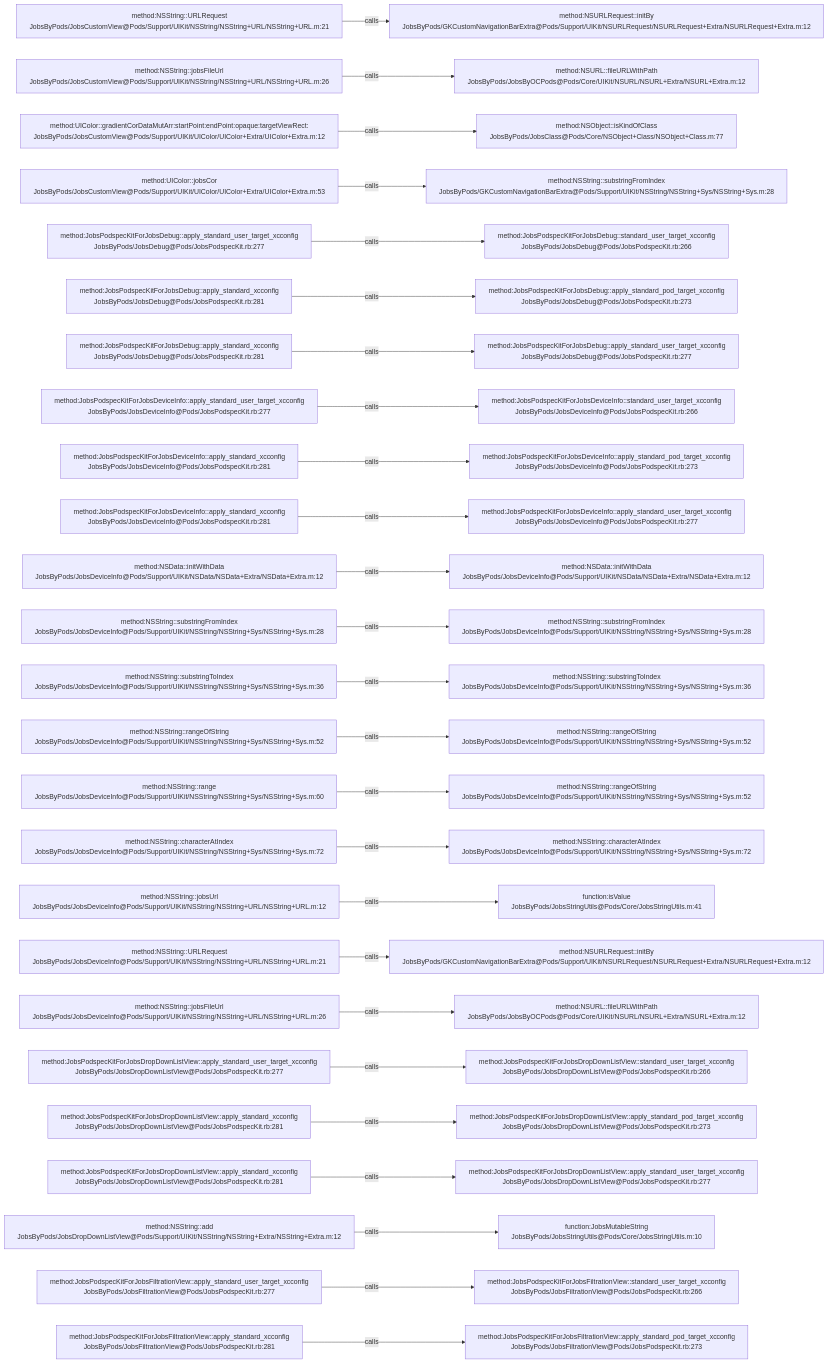
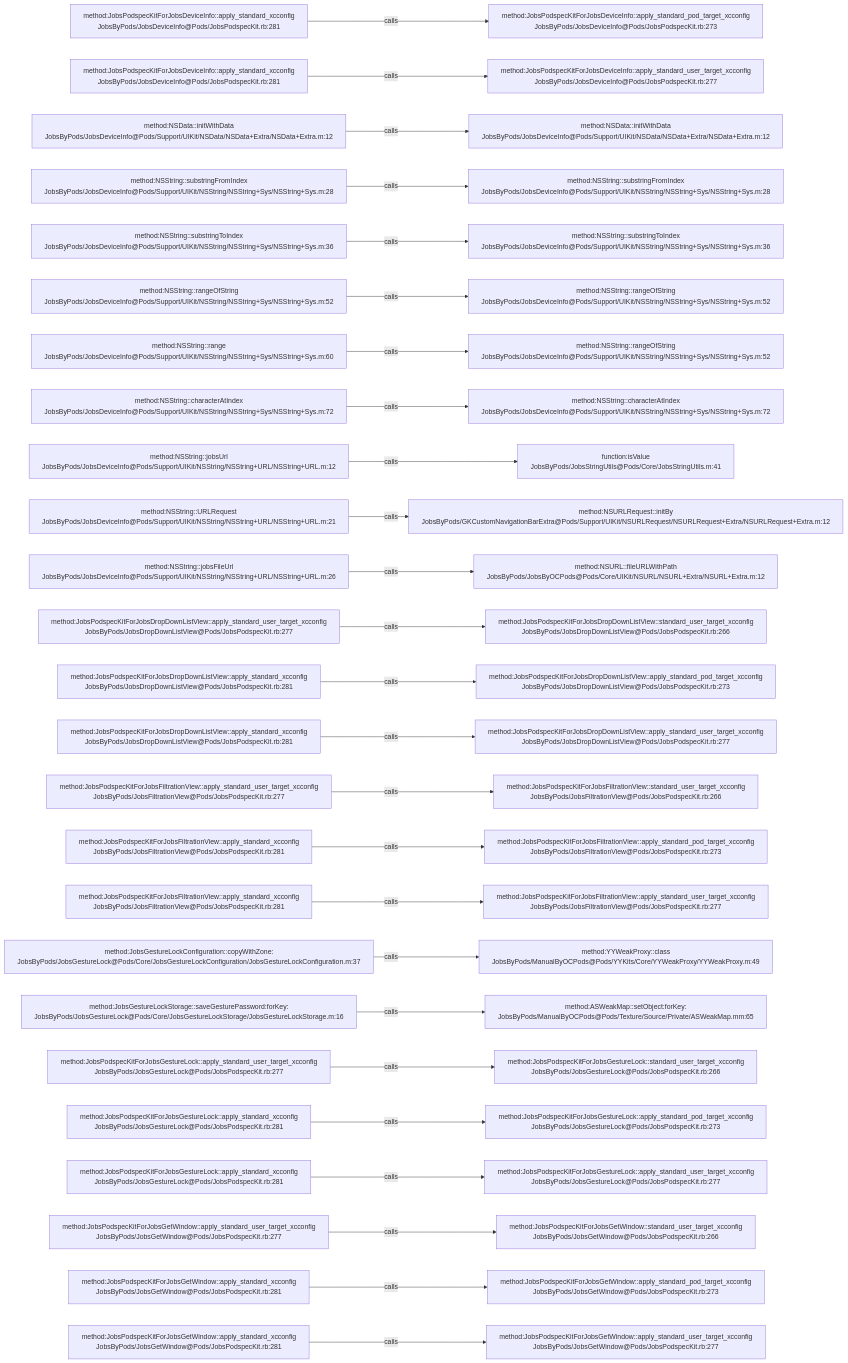
Before and after one commit to JobsKits/JobsOCBaseConfigDemo: the diagram in .codegraph/codegraph.md/graphs/calls-009.md, drawn with Mermaid. The commit also changed 296 other files, not shown here.

````diff
--- a/.codegraph/codegraph.md/graphs/calls-009.md
+++ b/.codegraph/codegraph.md/graphs/calls-009.md
@@ -13,78 +13,78 @@
 ```mermaid
 flowchart LR
-  S1["method:NSString::URLRequest<br/>JobsByPods/JobsCustomView@Pods/Support/UIKit/NSString/NSString+URL/NSString+URL.m:21"]
-  T1["method:NSURLRequest::initBy<br/>JobsByPods/GKCustomNavigationBarExtra@Pods/Support/UIKit/NSURLRequest/NSURLRequest+Extra/NSURLRequest+Extra.m:12"]
+  S1["method:JobsPodspecKitForJobsDeviceInfo::apply_standard_xcconfig<br/>JobsByPods/JobsDeviceInfo@Pods/JobsPodspecKit.rb:281"]
+  T1["method:JobsPodspecKitForJobsDeviceInfo::apply_standard_pod_target_xcconfig<br/>JobsByPods/JobsDeviceInfo@Pods/JobsPodspecKit.rb:273"]
   S1 -->|calls| T1
-  S2["method:NSString::jobsFileUrl<br/>JobsByPods/JobsCustomView@Pods/Support/UIKit/NSString/NSString+URL/NSString+URL.m:26"]
-  T2["method:NSURL::fileURLWithPath<br/>JobsByPods/JobsByOCPods@Pods/Core/UIKit/NSURL/NSURL+Extra/NSURL+Extra.m:12"]
+  S2["method:JobsPodspecKitForJobsDeviceInfo::apply_standard_xcconfig<br/>JobsByPods/JobsDeviceInfo@Pods/JobsPodspecKit.rb:281"]
+  T2["method:JobsPodspecKitForJobsDeviceInfo::apply_standard_user_target_xcconfig<br/>JobsByPods/JobsDeviceInfo@Pods/JobsPodspecKit.rb:277"]
   S2 -->|calls| T2
-  S3["method:UIColor::gradientCorDataMutArr:startPoint:endPoint:opaque:targetViewRect:<br/>JobsByPods/JobsCustomView@Pods/Support/UIKit/UIColor/UIColor+Extra/UIColor+Extra.m:12"]
-  T3["method:NSObject::isKindOfClass<br/>JobsByPods/JobsClass@Pods/Core/NSObject+Class/NSObject+Class.m:77"]
+  S3["method:NSData::initWithData<br/>JobsByPods/JobsDeviceInfo@Pods/Support/UIKit/NSData/NSData+Extra/NSData+Extra.m:12"]
+  T3["method:NSData::initWithData<br/>JobsByPods/JobsDeviceInfo@Pods/Support/UIKit/NSData/NSData+Extra/NSData+Extra.m:12"]
   S3 -->|calls| T3
-  S4["method:UIColor::jobsCor<br/>JobsByPods/JobsCustomView@Pods/Support/UIKit/UIColor/UIColor+Extra/UIColor+Extra.m:53"]
-  T4["method:NSString::substringFromIndex<br/>JobsByPods/GKCustomNavigationBarExtra@Pods/Support/UIKit/NSString/NSString+Sys/NSString+Sys.m:28"]
+  S4["method:NSString::substringFromIndex<br/>JobsByPods/JobsDeviceInfo@Pods/Support/UIKit/NSString/NSString+Sys/NSString+Sys.m:28"]
+  T4["method:NSString::substringFromIndex<br/>JobsByPods/JobsDeviceInfo@Pods/Support/UIKit/NSString/NSString+Sys/NSString+Sys.m:28"]
   S4 -->|calls| T4
-  S5["method:JobsPodspecKitForJobsDebug::apply_standard_user_target_xcconfig<br/>JobsByPods/JobsDebug@Pods/JobsPodspecKit.rb:277"]
-  T5["method:JobsPodspecKitForJobsDebug::standard_user_target_xcconfig<br/>JobsByPods/JobsDebug@Pods/JobsPodspecKit.rb:266"]
+  S5["method:NSString::substringToIndex<br/>JobsByPods/JobsDeviceInfo@Pods/Support/UIKit/NSString/NSString+Sys/NSString+Sys.m:36"]
+  T5["method:NSString::substringToIndex<br/>JobsByPods/JobsDeviceInfo@Pods/Support/UIKit/NSString/NSString+Sys/NSString+Sys.m:36"]
   S5 -->|calls| T5
-  S6["method:JobsPodspecKitForJobsDebug::apply_standard_xcconfig<br/>JobsByPods/JobsDebug@Pods/JobsPodspecKit.rb:281"]
-  T6["method:JobsPodspecKitForJobsDebug::apply_standard_pod_target_xcconfig<br/>JobsByPods/JobsDebug@Pods/JobsPodspecKit.rb:273"]
+  S6["method:NSString::rangeOfString<br/>JobsByPods/JobsDeviceInfo@Pods/Support/UIKit/NSString/NSString+Sys/NSString+Sys.m:52"]
+  T6["method:NSString::rangeOfString<br/>JobsByPods/JobsDeviceInfo@Pods/Support/UIKit/NSString/NSString+Sys/NSString+Sys.m:52"]
   S6 -->|calls| T6
-  S7["method:JobsPodspecKitForJobsDebug::apply_standard_xcconfig<br/>JobsByPods/JobsDebug@Pods/JobsPodspecKit.rb:281"]
-  T7["method:JobsPodspecKitForJobsDebug::apply_standard_user_target_xcconfig<br/>JobsByPods/JobsDebug@Pods/JobsPodspecKit.rb:277"]
+  S7["method:NSString::range<br/>JobsByPods/JobsDeviceInfo@Pods/Support/UIKit/NSString/NSString+Sys/NSString+Sys.m:60"]
+  T7["method:NSString::rangeOfString<br/>JobsByPods/JobsDeviceInfo@Pods/Support/UIKit/NSString/NSString+Sys/NSString+Sys.m:52"]
   S7 -->|calls| T7
-  S8["method:JobsPodspecKitForJobsDeviceInfo::apply_standard_user_target_xcconfig<br/>JobsByPods/JobsDeviceInfo@Pods/JobsPodspecKit.rb:277"]
-  T8["method:JobsPodspecKitForJobsDeviceInfo::standard_user_target_xcconfig<br/>JobsByPods/JobsDeviceInfo@Pods/JobsPodspecKit.rb:266"]
+  S8["method:NSString::characterAtIndex<br/>JobsByPods/JobsDeviceInfo@Pods/Support/UIKit/NSString/NSString+Sys/NSString+Sys.m:72"]
+  T8["method:NSString::characterAtIndex<br/>JobsByPods/JobsDeviceInfo@Pods/Support/UIKit/NSString/NSString+Sys/NSString+Sys.m:72"]
   S8 -->|calls| T8
-  S9["method:JobsPodspecKitForJobsDeviceInfo::apply_standard_xcconfig<br/>JobsByPods/JobsDeviceInfo@Pods/JobsPodspecKit.rb:281"]
-  T9["method:JobsPodspecKitForJobsDeviceInfo::apply_standard_pod_target_xcconfig<br/>JobsByPods/JobsDeviceInfo@Pods/JobsPodspecKit.rb:273"]
+  S9["method:NSString::jobsUrl<br/>JobsByPods/JobsDeviceInfo@Pods/Support/UIKit/NSString/NSString+URL/NSString+URL.m:12"]
+  T9["function:isValue<br/>JobsByPods/JobsStringUtils@Pods/Core/JobsStringUtils.m:41"]
   S9 -->|calls| T9
-  S10["method:JobsPodspecKitForJobsDeviceInfo::apply_standard_xcconfig<br/>JobsByPods/JobsDeviceInfo@Pods/JobsPodspecKit.rb:281"]
-  T10["method:JobsPodspecKitForJobsDeviceInfo::apply_standard_user_target_xcconfig<br/>JobsByPods/JobsDeviceInfo@Pods/JobsPodspecKit.rb:277"]
+  S10["method:NSString::URLRequest<br/>JobsByPods/JobsDeviceInfo@Pods/Support/UIKit/NSString/NSString+URL/NSString+URL.m:21"]
+  T10["method:NSURLRequest::initBy<br/>JobsByPods/GKCustomNavigationBarExtra@Pods/Support/UIKit/NSURLRequest/NSURLRequest+Extra/NSURLRequest+Extra.m:12"]
   S10 -->|calls| T10
-  S11["method:NSData::initWithData<br/>JobsByPods/JobsDeviceInfo@Pods/Support/UIKit/NSData/NSData+Extra/NSData+Extra.m:12"]
-  T11["method:NSData::initWithData<br/>JobsByPods/JobsDeviceInfo@Pods/Support/UIKit/NSData/NSData+Extra/NSData+Extra.m:12"]
+  S11["method:NSString::jobsFileUrl<br/>JobsByPods/JobsDeviceInfo@Pods/Support/UIKit/NSString/NSString+URL/NSString+URL.m:26"]
+  T11["method:NSURL::fileURLWithPath<br/>JobsByPods/JobsByOCPods@Pods/Core/UIKit/NSURL/NSURL+Extra/NSURL+Extra.m:12"]
   S11 -->|calls| T11
-  S12["method:NSString::substringFromIndex<br/>JobsByPods/JobsDeviceInfo@Pods/Support/UIKit/NSString/NSString+Sys/NSString+Sys.m:28"]
-  T12["method:NSString::substringFromIndex<br/>JobsByPods/JobsDeviceInfo@Pods/Support/UIKit/NSString/NSString+Sys/NSString+Sys.m:28"]
+  S12["method:JobsPodspecKitForJobsDropDownListView::apply_standard_user_target_xcconfig<br/>JobsByPods/JobsDropDownListView@Pods/JobsPodspecKit.rb:277"]
+  T12["method:JobsPodspecKitForJobsDropDownListView::standard_user_target_xcconfig<br/>JobsByPods/JobsDropDownListView@Pods/JobsPodspecKit.rb:266"]
   S12 -->|calls| T12
-  S13["method:NSString::substringToIndex<br/>JobsByPods/JobsDeviceInfo@Pods/Support/UIKit/NSString/NSString+Sys/NSString+Sys.m:36"]
-  T13["method:NSString::substringToIndex<br/>JobsByPods/JobsDeviceInfo@Pods/Support/UIKit/NSString/NSString+Sys/NSString+Sys.m:36"]
+  S13["method:JobsPodspecKitForJobsDropDownListView::apply_standard_xcconfig<br/>JobsByPods/JobsDropDownListView@Pods/JobsPodspecKit.rb:281"]
+  T13["method:JobsPodspecKitForJobsDropDownListView::apply_standard_pod_target_xcconfig<br/>JobsByPods/JobsDropDownListView@Pods/JobsPodspecKit.rb:273"]
   S13 -->|calls| T13
-  S14["method:NSString::rangeOfString<br/>JobsByPods/JobsDeviceInfo@Pods/Support/UIKit/NSString/NSString+Sys/NSString+Sys.m:52"]
-  T14["method:NSString::rangeOfString<br/>JobsByPods/JobsDeviceInfo@Pods/Support/UIKit/NSString/NSString+Sys/NSString+Sys.m:52"]
+  S14["method:JobsPodspecKitForJobsDropDownListView::apply_standard_xcconfig<br/>JobsByPods/JobsDropDownListView@Pods/JobsPodspecKit.rb:281"]
+  T14["method:JobsPodspecKitForJobsDropDownListView::apply_standard_user_target_xcconfig<br/>JobsByPods/JobsDropDownListView@Pods/JobsPodspecKit.rb:277"]
   S14 -->|calls| T14
-  S15["method:NSString::range<br/>JobsByPods/JobsDeviceInfo@Pods/Support/UIKit/NSString/NSString+Sys/NSString+Sys.m:60"]
-  T15["method:NSString::rangeOfString<br/>JobsByPods/JobsDeviceInfo@Pods/Support/UIKit/NSString/NSString+Sys/NSString+Sys.m:52"]
+  S15["method:JobsPodspecKitForJobsFiltrationView::apply_standard_user_target_xcconfig<br/>JobsByPods/JobsFiltrationView@Pods/JobsPodspecKit.rb:277"]
+  T15["method:JobsPodspecKitForJobsFiltrationView::standard_user_target_xcconfig<br/>JobsByPods/JobsFiltrationView@Pods/JobsPodspecKit.rb:266"]
   S15 -->|calls| T15
-  S16["method:NSString::characterAtIndex<br/>JobsByPods/JobsDeviceInfo@Pods/Support/UIKit/NSString/NSString+Sys/NSString+Sys.m:72"]
-  T16["method:NSString::characterAtIndex<br/>JobsByPods/JobsDeviceInfo@Pods/Support/UIKit/NSString/NSString+Sys/NSString+Sys.m:72"]
+  S16["method:JobsPodspecKitForJobsFiltrationView::apply_standard_xcconfig<br/>JobsByPods/JobsFiltrationView@Pods/JobsPodspecKit.rb:281"]
+  T16["method:JobsPodspecKitForJobsFiltrationView::apply_standard_pod_target_xcconfig<br/>JobsByPods/JobsFiltrationView@Pods/JobsPodspecKit.rb:273"]
   S16 -->|calls| T16
-  S17["method:NSString::jobsUrl<br/>JobsByPods/JobsDeviceInfo@Pods/Support/UIKit/NSString/NSString+URL/NSString+URL.m:12"]
-  T17["function:isValue<br/>JobsByPods/JobsStringUtils@Pods/Core/JobsStringUtils.m:41"]
+  S17["method:JobsPodspecKitForJobsFiltrationView::apply_standard_xcconfig<br/>JobsByPods/JobsFiltrationView@Pods/JobsPodspecKit.rb:281"]
+  T17["method:JobsPodspecKitForJobsFiltrationView::apply_standard_user_target_xcconfig<br/>JobsByPods/JobsFiltrationView@Pods/JobsPodspecKit.rb:277"]
   S17 -->|calls| T17
-  S18["method:NSString::URLRequest<br/>JobsByPods/JobsDeviceInfo@Pods/Support/UIKit/NSString/NSString+URL/NSString+URL.m:21"]
-  T18["method:NSURLRequest::initBy<br/>JobsByPods/GKCustomNavigationBarExtra@Pods/Support/UIKit/NSURLRequest/NSURLRequest+Extra/NSURLRequest+Extra.m:12"]
+  S18["method:JobsGestureLockConfiguration::copyWithZone:<br/>JobsByPods/JobsGestureLock@Pods/Core/JobsGestureLockConfiguration/JobsGestureLockConfiguration.m:37"]
+  T18["method:YYWeakProxy::class<br/>JobsByPods/ManualByOCPods@Pods/YYKits/Core/YYWeakProxy/YYWeakProxy.m:49"]
   S18 -->|calls| T18
-  S19["method:NSString::jobsFileUrl<br/>JobsByPods/JobsDeviceInfo@Pods/Support/UIKit/NSString/NSString+URL/NSString+URL.m:26"]
-  T19["method:NSURL::fileURLWithPath<br/>JobsByPods/JobsByOCPods@Pods/Core/UIKit/NSURL/NSURL+Extra/NSURL+Extra.m:12"]
+  S19["method:JobsGestureLockStorage::saveGesturePassword:forKey:<br/>JobsByPods/JobsGestureLock@Pods/Core/JobsGestureLockStorage/JobsGestureLockStorage.m:16"]
+  T19["method:ASWeakMap::setObject:forKey:<br/>JobsByPods/ManualByOCPods@Pods/Texture/Source/Private/ASWeakMap.mm:65"]
   S19 -->|calls| T19
-  S20["method:JobsPodspecKitForJobsDropDownListView::apply_standard_user_target_xcconfig<br/>JobsByPods/JobsDropDownListView@Pods/JobsPodspecKit.rb:277"]
-  T20["method:JobsPodspecKitForJobsDropDownListView::standard_user_target_xcconfig<br/>JobsByPods/JobsDropDownListView@Pods/JobsPodspecKit.rb:266"]
+  S20["method:JobsPodspecKitForJobsGestureLock::apply_standard_user_target_xcconfig<br/>JobsByPods/JobsGestureLock@Pods/JobsPodspecKit.rb:277"]
+  T20["method:JobsPodspecKitForJobsGestureLock::standard_user_target_xcconfig<br/>JobsByPods/JobsGestureLock@Pods/JobsPodspecKit.rb:266"]
   S20 -->|calls| T20
-  S21["method:JobsPodspecKitForJobsDropDownListView::apply_standard_xcconfig<br/>JobsByPods/JobsDropDownListView@Pods/JobsPodspecKit.rb:281"]
-  T21["method:JobsPodspecKitForJobsDropDownListView::apply_standard_pod_target_xcconfig<br/>JobsByPods/JobsDropDownListView@Pods/JobsPodspecKit.rb:273"]
+  S21["method:JobsPodspecKitForJobsGestureLock::apply_standard_xcconfig<br/>JobsByPods/JobsGestureLock@Pods/JobsPodspecKit.rb:281"]
+  T21["method:JobsPodspecKitForJobsGestureLock::apply_standard_pod_target_xcconfig<br/>JobsByPods/JobsGestureLock@Pods/JobsPodspecKit.rb:273"]
   S21 -->|calls| T21
-  S22["method:JobsPodspecKitForJobsDropDownListView::apply_standard_xcconfig<br/>JobsByPods/JobsDropDownListView@Pods/JobsPodspecKit.rb:281"]
-  T22["method:JobsPodspecKitForJobsDropDownListView::apply_standard_user_target_xcconfig<br/>JobsByPods/JobsDropDownListView@Pods/JobsPodspecKit.rb:277"]
+  S22["method:JobsPodspecKitForJobsGestureLock::apply_standard_xcconfig<br/>JobsByPods/JobsGestureLock@Pods/JobsPodspecKit.rb:281"]
+  T22["method:JobsPodspecKitForJobsGestureLock::apply_standard_user_target_xcconfig<br/>JobsByPods/JobsGestureLock@Pods/JobsPodspecKit.rb:277"]
   S22 -->|calls| T22
-  S23["method:NSString::add<br/>JobsByPods/JobsDropDownListView@Pods/Support/UIKit/NSString/NSString+Extra/NSString+Extra.m:12"]
-  T23["function:JobsMutableString<br/>JobsByPods/JobsStringUtils@Pods/Core/JobsStringUtils.m:10"]
+  S23["method:JobsPodspecKitForJobsGetWindow::apply_standard_user_target_xcconfig<br/>JobsByPods/JobsGetWindow@Pods/JobsPodspecKit.rb:277"]
+  T23["method:JobsPodspecKitForJobsGetWindow::standard_user_target_xcconfig<br/>JobsByPods/JobsGetWindow@Pods/JobsPodspecKit.rb:266"]
   S23 -->|calls| T23
-  S24["method:JobsPodspecKitForJobsFiltrationView::apply_standard_user_target_xcconfig<br/>JobsByPods/JobsFiltrationView@Pods/JobsPodspecKit.rb:277"]
-  T24["method:JobsPodspecKitForJobsFiltrationView::standard_user_target_xcconfig<br/>JobsByPods/JobsFiltrationView@Pods/JobsPodspecKit.rb:266"]
+  S24["method:JobsPodspecKitForJobsGetWindow::apply_standard_xcconfig<br/>JobsByPods/JobsGetWindow@Pods/JobsPodspecKit.rb:281"]
+  T24["method:JobsPodspecKitForJobsGetWindow::apply_standard_pod_target_xcconfig<br/>JobsByPods/JobsGetWindow@Pods/JobsPodspecKit.rb:273"]
   S24 -->|calls| T24
-  S25["method:JobsPodspecKitForJobsFiltrationView::apply_standard_xcconfig<br/>JobsByPods/JobsFiltrationView@Pods/JobsPodspecKit.rb:281"]
-  T25["method:JobsPodspecKitForJobsFiltrationView::apply_standard_pod_target_xcconfig<br/>JobsByPods/JobsFiltrationView@Pods/JobsPodspecKit.rb:273"]
+  S25["method:JobsPodspecKitForJobsGetWindow::apply_standard_xcconfig<br/>JobsByPods/JobsGetWindow@Pods/JobsPodspecKit.rb:281"]
+  T25["method:JobsPodspecKitForJobsGetWindow::apply_standard_user_target_xcconfig<br/>JobsByPods/JobsGetWindow@Pods/JobsPodspecKit.rb:277"]
   S25 -->|calls| T25
 ```
````
